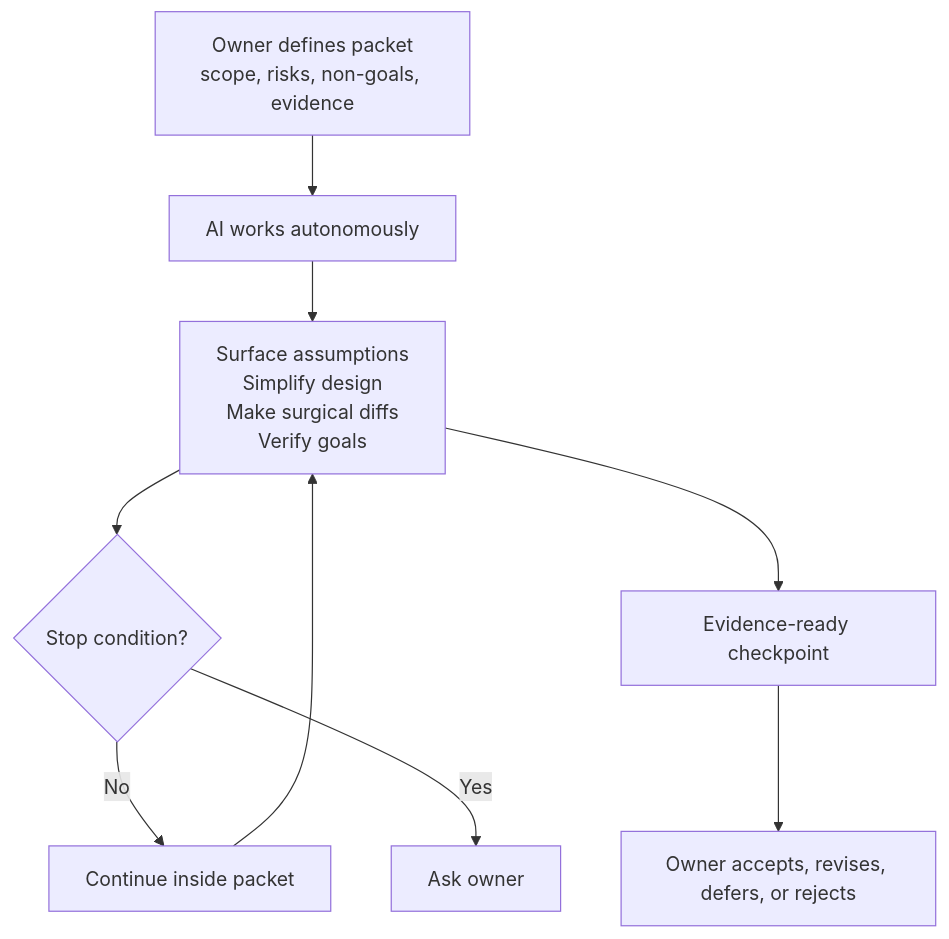
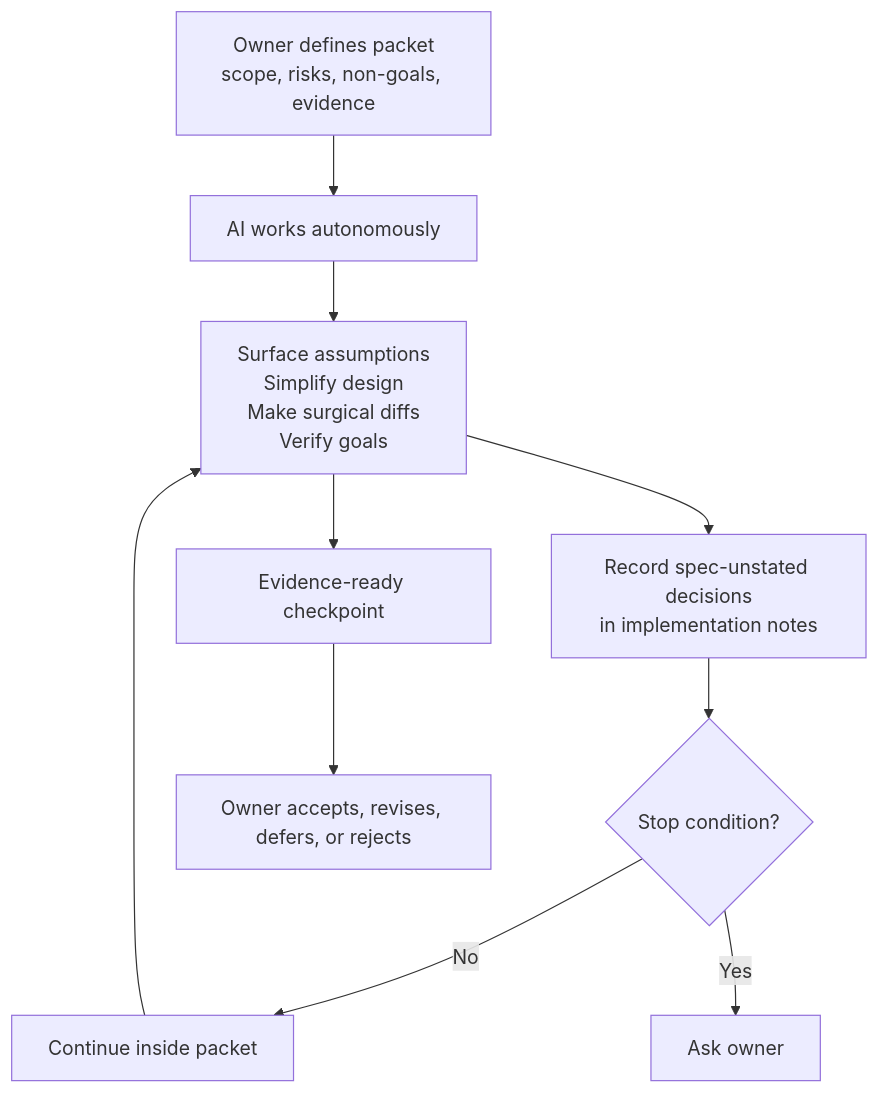
Before and after one commit to LiveTrack-X/spec-driven-ai-development: the fifth of 6 diagrams in docs/diagrams.md, drawn with Mermaid. The commit also changed other lines of this file and 41 other files, not shown here.

Commit message:
Add implementation notes guidance

````diff
--- a/docs/diagrams.md
+++ b/docs/diagrams.md
@@ -76,11 +76,12 @@
 ```mermaid
 flowchart TD
     O["Owner defines packet\nscope, risks, non-goals, evidence"] --> A["AI works autonomously"]
     A --> B["Surface assumptions\nSimplify design\nMake surgical diffs\nVerify goals"]
-    B --> C{"Stop condition?"}
+    B --> N["Record spec-unstated decisions\nin implementation notes"]
+    N --> C{"Stop condition?"}
     C -- "No" --> D["Continue inside packet"]
     D --> B
     C -- "Yes" --> E["Ask owner"]
     B --> F["Evidence-ready checkpoint"]
     F --> G["Owner accepts, revises, defers, or rejects"]
 ```
````
